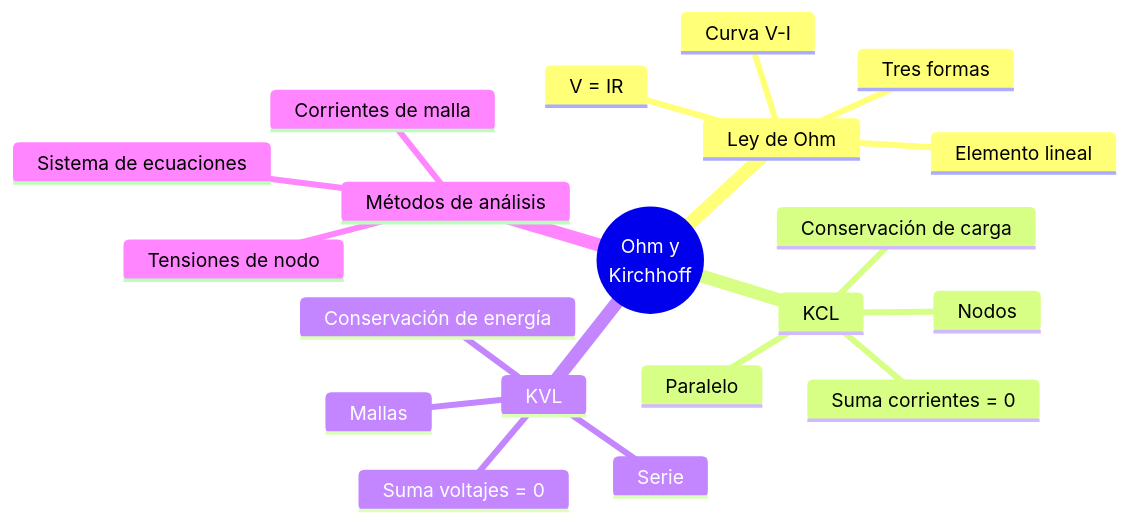
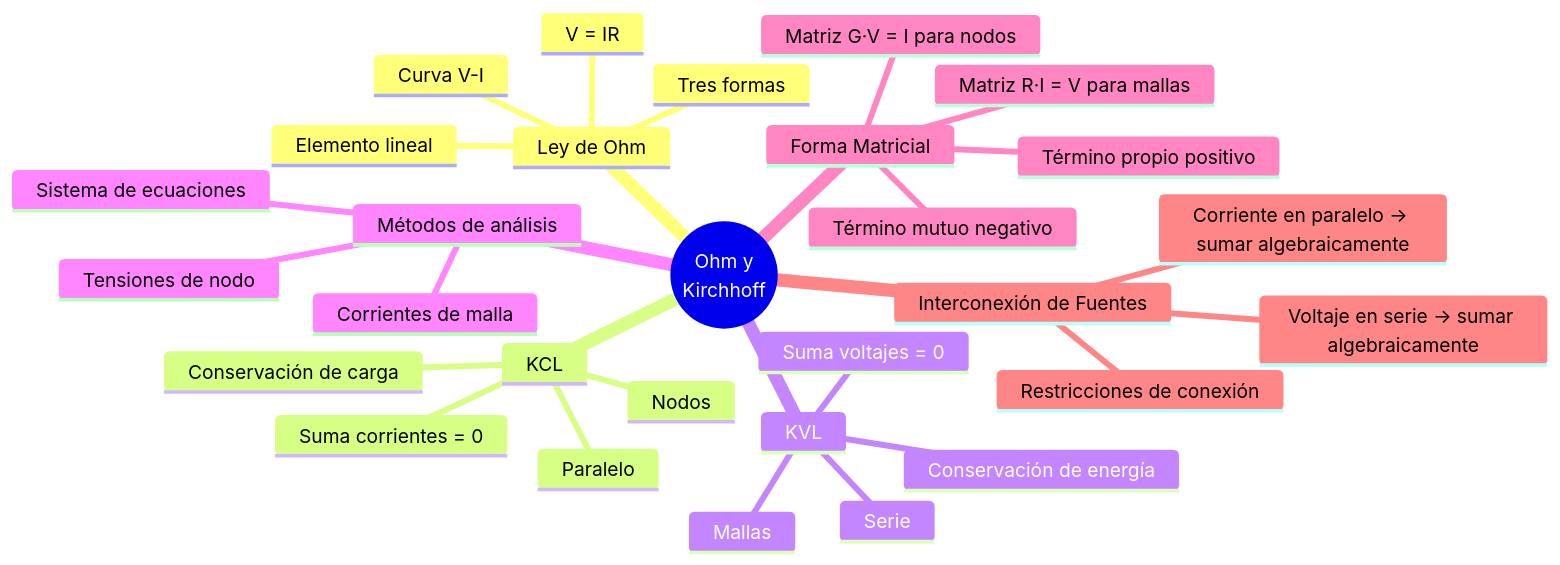
One commit to Fsteven22/Notas-de-Universidad-Freddy-Sanchez- changed the diagram in Universidad/3er Semestre/Fundamentos de Electricidad y Sistemas Digitales/Teórico/Unidad 1 - Electricidad y Circuitos/05 - Leyes de Ohm y Kirchhoff.md. Above: the diagram before and after it, drawn with Mermaid. The commit also changed other lines of this file and 16 other files, not shown here.

````diff
--- a/Universidad/3er Semestre/Fundamentos de Electricidad y Sistemas Digitales/Teórico/Unidad 1 - Electricidad y Circuitos/05 - Leyes de Ohm y Kirchhoff.md
+++ b/Universidad/3er Semestre/Fundamentos de Electricidad y Sistemas Digitales/Teórico/Unidad 1 - Electricidad y Circuitos/05 - Leyes de Ohm y Kirchhoff.md
@@ -388,23 +535,32 @@
 ```mermaid
 mindmap
   root((Ohm y<br/>Kirchhoff))
     Ley de Ohm
       V = IR
       Elemento lineal
       Tres formas
       Curva V-I
     KCL
       Nodos
       Suma corrientes = 0
       Conservación de carga
       Paralelo
     KVL
       Mallas
       Suma voltajes = 0
       Conservación de energía
       Serie
     Métodos de análisis
       Corrientes de malla
       Tensiones de nodo
       Sistema de ecuaciones
+    Forma Matricial
+      Matriz R·I = V para mallas
+      Matriz G·V = I para nodos
+      Término propio positivo
+      Término mutuo negativo
+    Interconexión de Fuentes
+      Voltaje en serie → sumar algebraicamente
+      Corriente en paralelo → sumar algebraicamente
+      Restricciones de conexión
 ```
````
